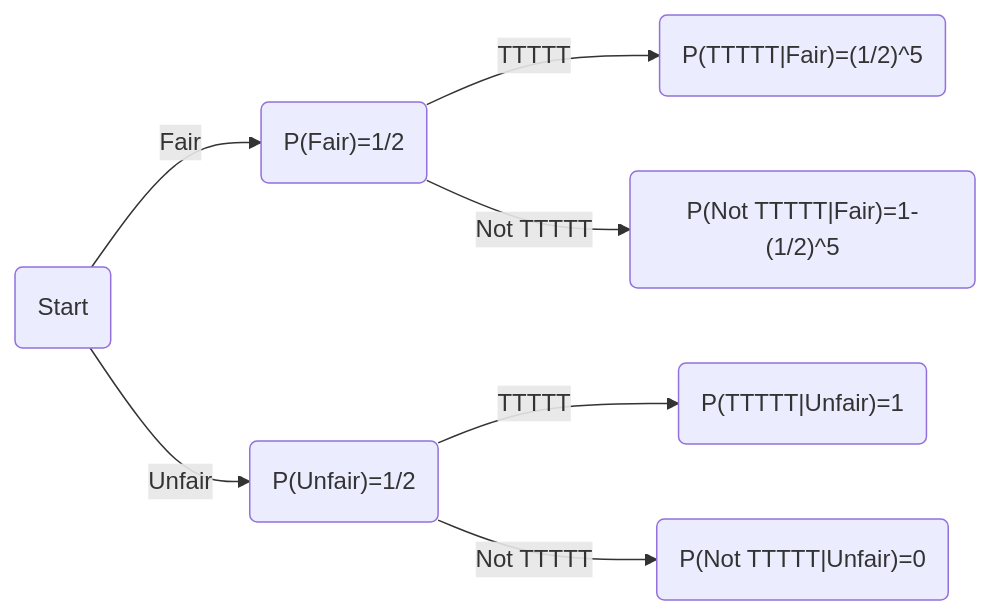
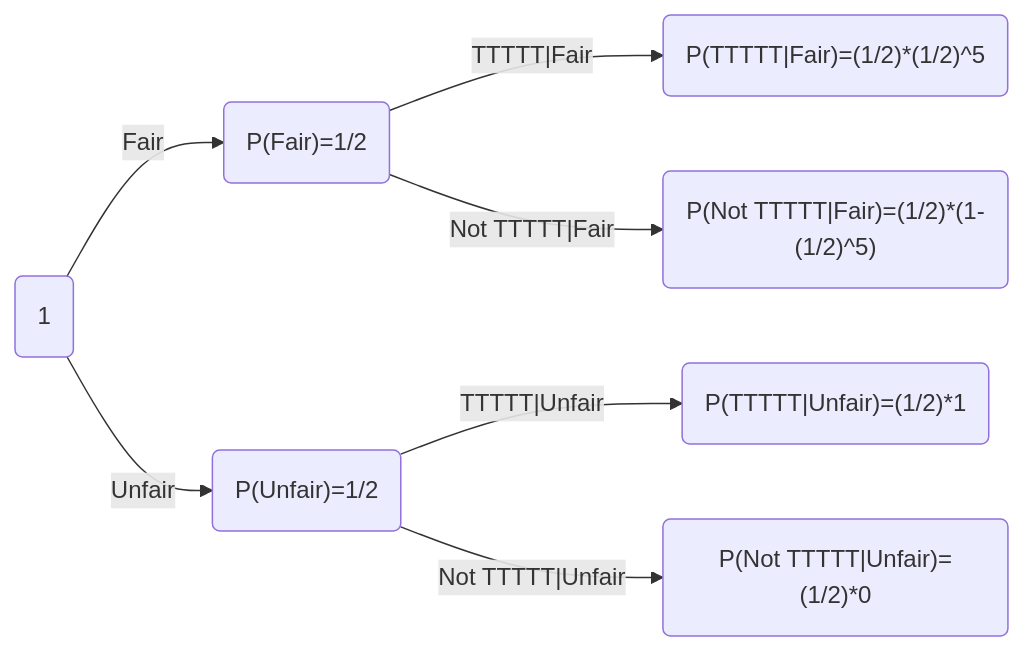
The second of 2 diagrams in _posts/2020-07-27-unfair-coin.markdown (Abhishek-Dutt-1/blog), drawn with Mermaid before and after one commit. The commit also changed other lines of this file and 20 other files, not shown here.

```diff
--- a/_posts/2020-07-27-unfair-coin.markdown
+++ b/_posts/2020-07-27-unfair-coin.markdown
@@ -104,9 +146,9 @@
 <div class="mermaid">
 graph LR;
-    A(Start)--Fair-->F("P(Fair)=1/2");
-    A(Start)--Unfair-->U("P(Unfair)=1/2");
-    F--TTTTT-->FT("P(TTTTT|Fair)=(1/2)^5");
-    F--Not TTTTT-->FNT("P(Not TTTTT|Fair)=1-(1/2)^5");
-    U--TTTTT-->UT("P(TTTTT|Unfair)=1");
-    U--Not TTTTT-->UNT("P(Not TTTTT|Unfair)=0");
+    A(1)--"Fair"-->F("P(Fair)=1/2");
+    A(1)--"Unfair"-->U("P(Unfair)=1/2");
+    F--"TTTTT|Fair"-->FT("P(TTTTT|Fair)=(1/2)*(1/2)^5");
+    F--"Not TTTTT|Fair"-->FNT("P(Not TTTTT|Fair)=(1/2)*(1-(1/2)^5)");
+    U--"TTTTT|Unfair"-->UT("P(TTTTT|Unfair)=(1/2)*1");
+    U--"Not TTTTT|Unfair"-->UNT("P(Not TTTTT|Unfair)=(1/2)*0");
 </div>
```
